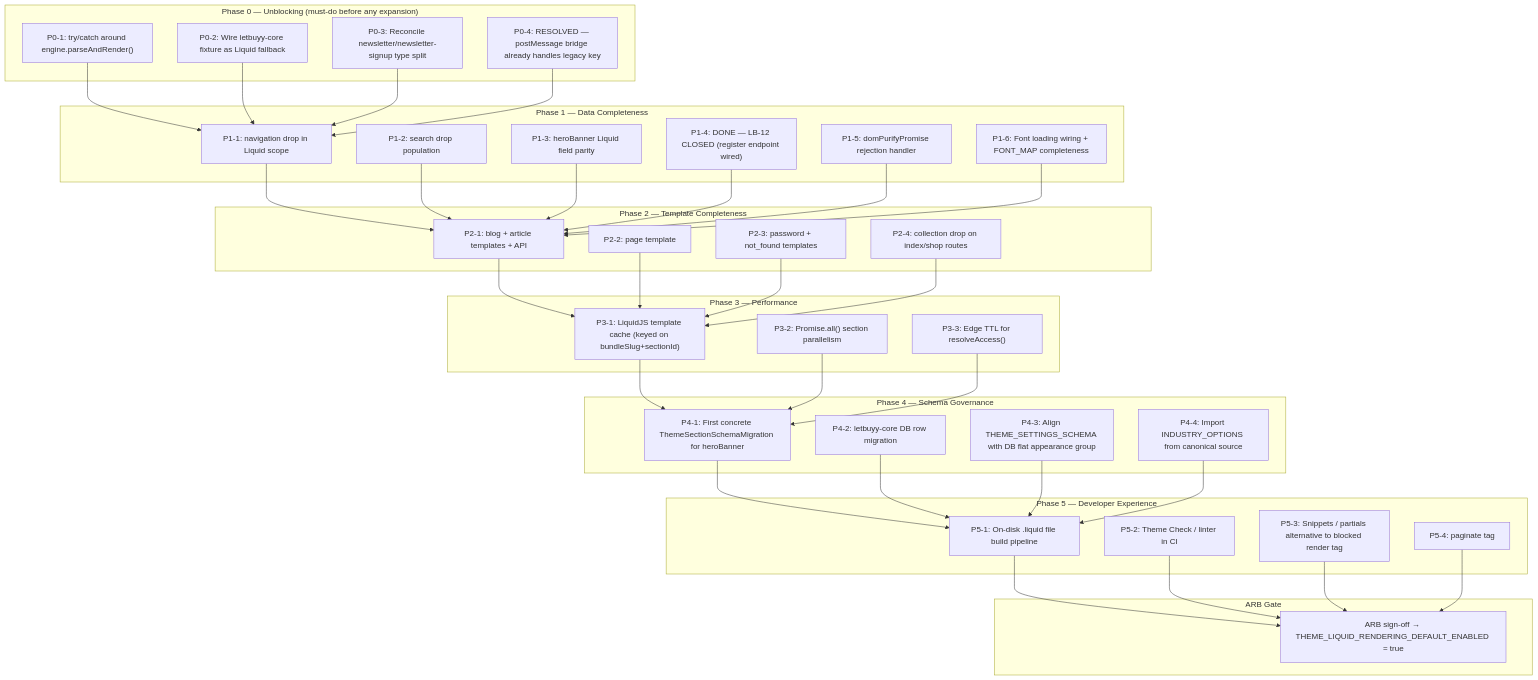
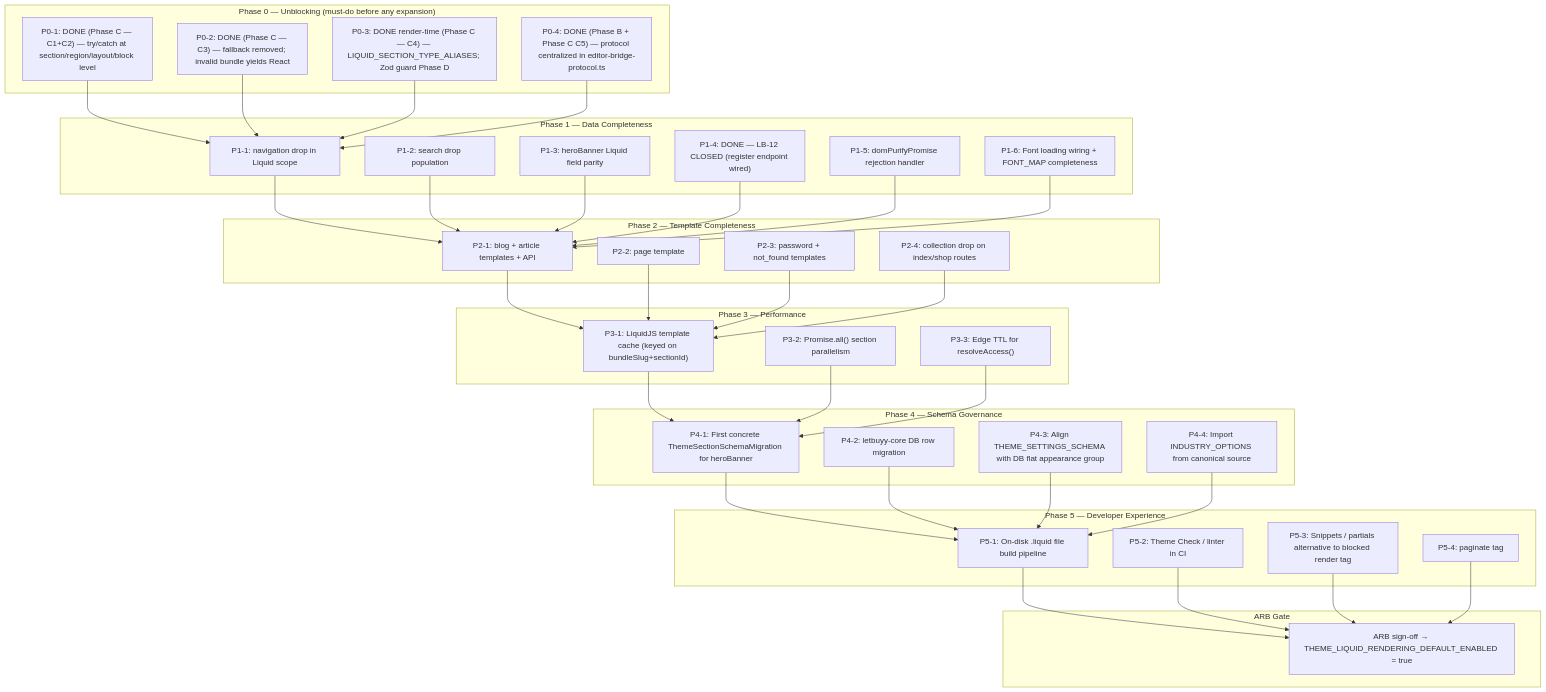
Before and after one commit to SaaiSiddhu/LetBuyy: the first of 2 diagrams in docs/storefront-liquid-discovery/12_MASTER_LIQUID_MIGRATION_PLAN.md, drawn with Mermaid. The commit also changed other lines of this file and 19 other files, not shown here.

````diff
--- a/docs/storefront-liquid-discovery/12_MASTER_LIQUID_MIGRATION_PLAN.md
+++ b/docs/storefront-liquid-discovery/12_MASTER_LIQUID_MIGRATION_PLAN.md
@@ -67,75 +67,75 @@
 ```mermaid
 flowchart TD
     subgraph "Phase 0 — Unblocking (must-do before any expansion)"
-        P0A["P0-1: try/catch around engine.parseAndRender()"]
-        P0B["P0-2: Wire letbuyy-core fixture as Liquid fallback"]
-        P0C["P0-3: Reconcile newsletter/newsletter-signup type split"]
-        P0D["P0-4: RESOLVED — postMessage bridge already handles legacy key"]
+        P0A["P0-1: DONE (Phase C — C1+C2) — try/catch at section/region/layout/block level"]
+        P0B["P0-2: DONE (Phase C — C3) — fallback removed; invalid bundle yields React"]
+        P0C["P0-3: DONE render-time (Phase C — C4) — LIQUID_SECTION_TYPE_ALIASES; Zod guard Phase D"]
+        P0D["P0-4: DONE (Phase B + Phase C C5) — protocol centralized in editor-bridge-protocol.ts"]
     end
 
     subgraph "Phase 1 — Data Completeness"
         P1A["P1-1: navigation drop in Liquid scope"]
         P1B["P1-2: search drop population"]
         P1C["P1-3: heroBanner Liquid field parity"]
         P1D["P1-4: DONE — LB-12 CLOSED (register endpoint wired)"]
         P1E["P1-5: domPurifyPromise rejection handler"]
         P1F["P1-6: Font loading wiring + FONT_MAP completeness"]
     end
 
     subgraph "Phase 2 — Template Completeness"
         P2A["P2-1: blog + article templates + API"]
         P2B["P2-2: page template"]
         P2C["P2-3: password + not_found templates"]
         P2D["P2-4: collection drop on index/shop routes"]
     end
 
     subgraph "Phase 3 — Performance"
         P3A["P3-1: LiquidJS template cache (keyed on bundleSlug+sectionId)"]
         P3B["P3-2: Promise.all() section parallelism"]
         P3C["P3-3: Edge TTL for resolveAccess()"]
     end
 
     subgraph "Phase 4 — Schema Governance"
         P4A["P4-1: First concrete ThemeSectionSchemaMigration for heroBanner"]
         P4B["P4-2: letbuyy-core DB row migration"]
         P4C["P4-3: Align THEME_SETTINGS_SCHEMA with DB flat appearance group"]
         P4D["P4-4: Import INDUSTRY_OPTIONS from canonical source"]
     end
 
     subgraph "Phase 5 — Developer Experience"
         P5A["P5-1: On-disk .liquid file build pipeline"]
         P5B["P5-2: Theme Check / linter in CI"]
         P5C["P5-3: Snippets / partials alternative to blocked render tag"]
         P5D["P5-4: paginate tag"]
     end
 
     subgraph "ARB Gate"
         ARB["ARB sign-off → THEME_LIQUID_RENDERING_DEFAULT_ENABLED = true"]
     end
 
     P0A --> P1A
     P0B --> P1A
     P0C --> P1A
     P0D --> P1A
     P1A --> P2A
     P1B --> P2A
     P1C --> P2A
     P1D --> P2A
     P1E --> P2A
     P1F --> P2A
     P2A --> P3A
     P2B --> P3A
     P2C --> P3A
     P2D --> P3A
     P3A --> P4A
     P3B --> P4A
     P3C --> P4A
     P4A --> P5A
     P4B --> P5A
     P4C --> P5A
     P4D --> P5A
     P5A --> ARB
     P5B --> ARB
     P5C --> ARB
     P5D --> ARB
 ```
````
